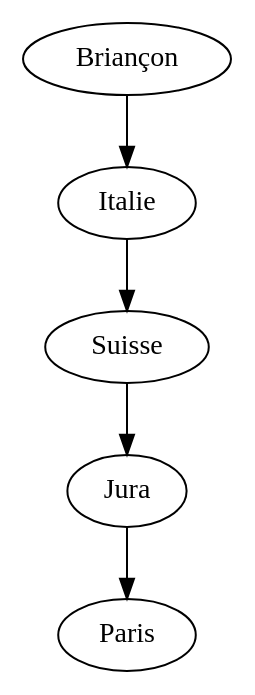
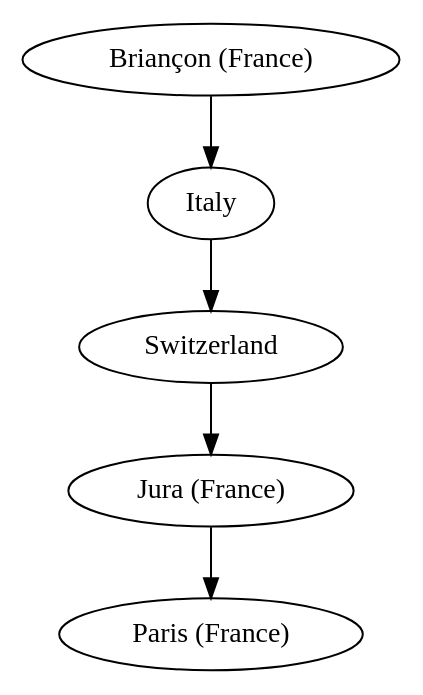
Before and after one commit to Naereen/web-sphinx: the first of 2 diagrams in autostop.en.rst, drawn with Graphviz. The commit also changed other lines of this file and 3 other files, not shown here.

```diff
--- a/autostop.en.rst
+++ b/autostop.en.rst
@@ -30,3 +29,3 @@
 .. digraph:: voyage1
 
-   "Briançon" -> "Italie" -> "Suisse" -> "Jura" -> "Paris";
+   "Briançon (France)" -> "Italy" -> "Switzerland" -> "Jura (France)" -> "Paris (France)";
```
